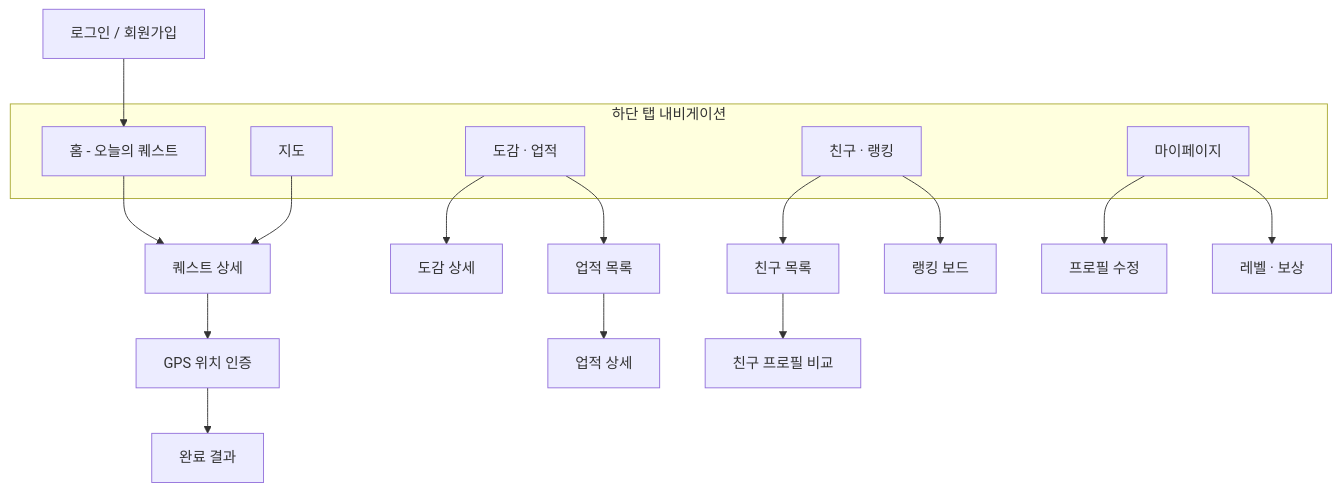
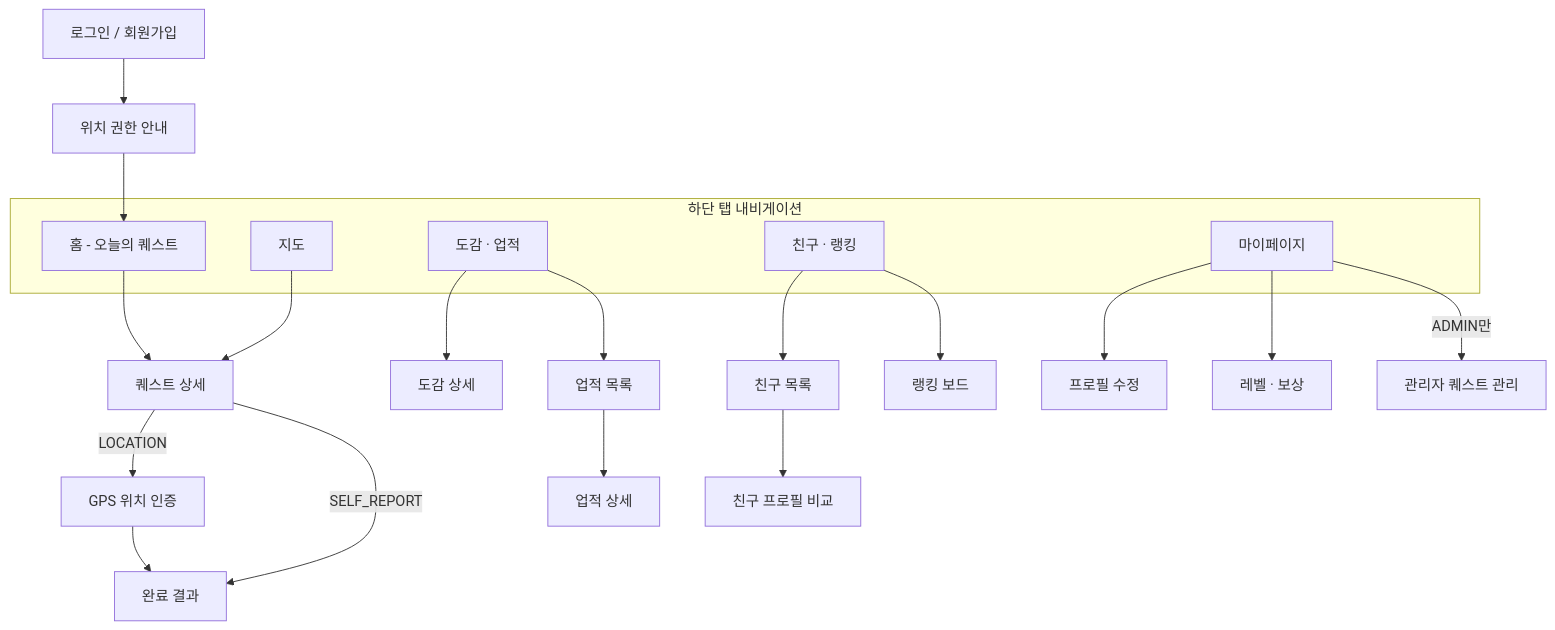
The diagram in docs/02-screen-spec.md (mahoora0/LifeQuest), drawn with Mermaid before and after one commit. The commit also changed other lines of this file and 6 other files, not shown here.

````diff
--- a/docs/02-screen-spec.md
+++ b/docs/02-screen-spec.md
@@ -8,23 +8,26 @@
 ```mermaid
 flowchart TD
-    Login["로그인 / 회원가입"] --> Home
+    Login["로그인 / 회원가입"] --> LocationConsent["위치 권한 안내"]
+    LocationConsent --> Home
     subgraph Tab["하단 탭 내비게이션"]
         Home["홈 - 오늘의 퀘스트"]
         Map["지도"]
         Dex["도감 · 업적"]
         Rank["친구 · 랭킹"]
         My["마이페이지"]
     end
     Home --> QuestDetail["퀘스트 상세"]
-    QuestDetail --> GpsAuth["GPS 위치 인증"]
+    QuestDetail -->|"LOCATION"| GpsAuth["GPS 위치 인증"]
+    QuestDetail -->|"SELF_REPORT"| Result
     GpsAuth --> Result["완료 결과"]
     Map --> QuestDetail
     Dex --> DexDetail["도감 상세"]
     Dex --> AchvList["업적 목록"]
     AchvList --> AchvDetail["업적 상세"]
     Rank --> FriendList["친구 목록"]
     Rank --> RankBoard["랭킹 보드"]
     FriendList --> FriendProfile["친구 프로필 비교"]
     My --> ProfileEdit["프로필 수정"]
     My --> LevelScreen["레벨 · 보상"]
+    My -->|"ADMIN만"| AdminQuest["관리자 퀘스트 관리"]
 ```
````
